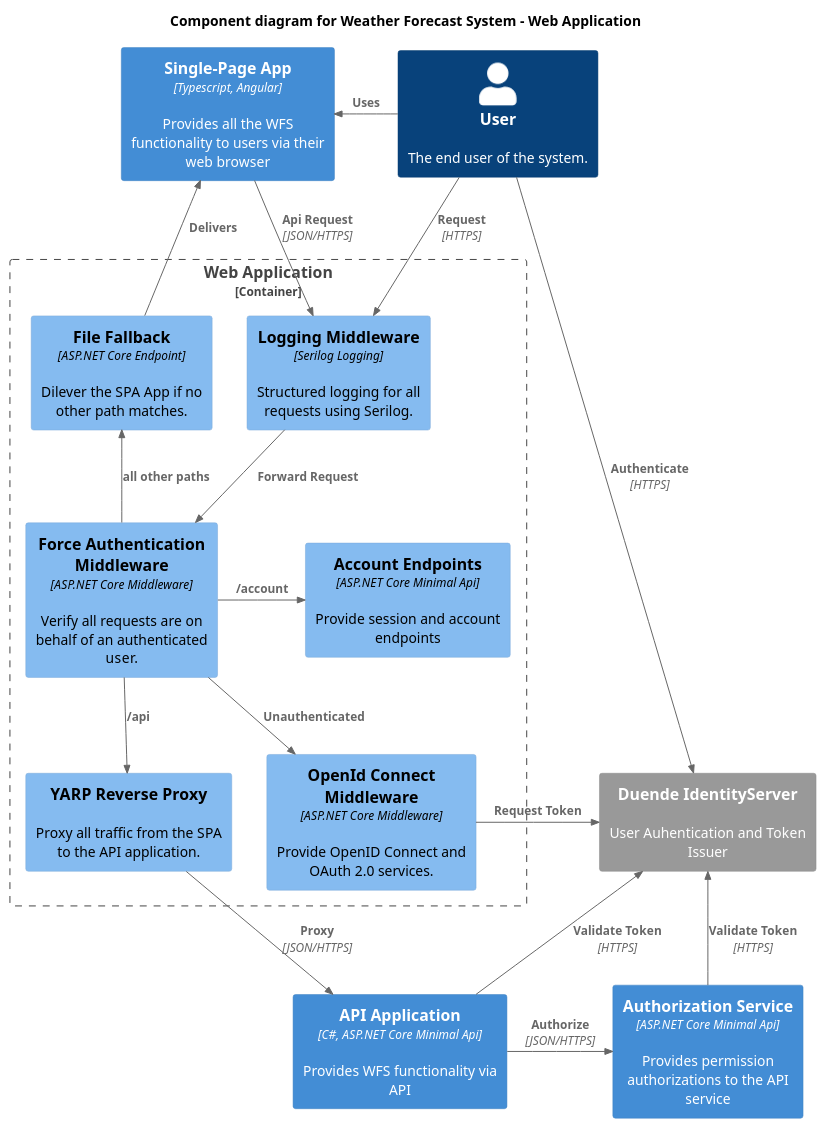
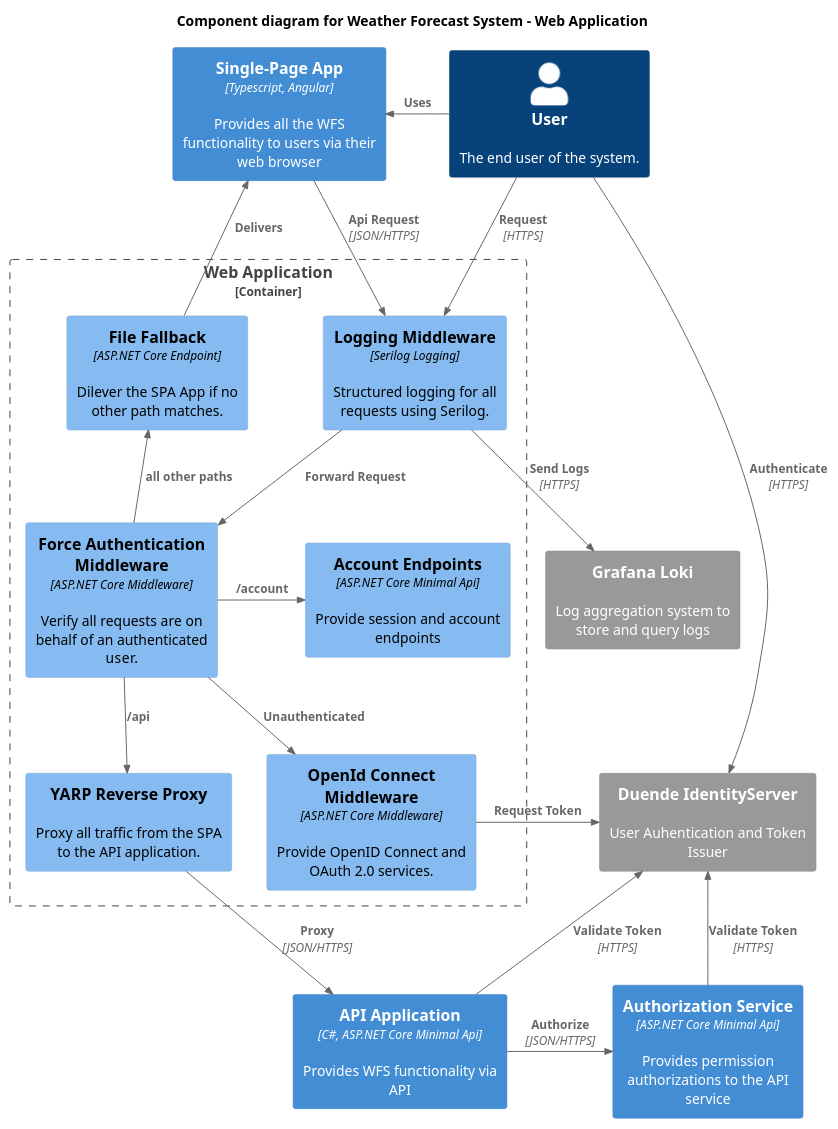
Before and after one commit to salmarsumi/CleanArchitecture: the diagram in architecture/component_web_app.puml, drawn with PlantUML. The commit also changed 2 other files, not shown here.

Commit message:
component view loki updated diagrams.

```diff
--- a/architecture/component_web_app.puml
+++ b/architecture/component_web_app.puml
@@ -1,45 +1,48 @@
 @startuml
 
 !include https://raw.githubusercontent.com/plantuml-stdlib/C4-PlantUML/master/C4_Component.puml
 
 HIDE_STEREOTYPE()
 
 title Component diagram for Weather Forecast System - Web Application
 
 Person(user, "User", "The end user of the system.")
 
 Container(spa, "Single-Page App", "Typescript, Angular", "Provides all the WFS functionality to users via their web browser")
 Container(api, "API Application", "C#, ASP.NET Core Minimal Api", "Provides WFS functionality via API")
 Container(authz, "Authorization Service", "ASP.NET Core Minimal Api", "Provides permission authorizations to the API service")
 
 System_Ext(identity, "Duende IdentityServer", "User Auhentication and Token Issuer")
+System_Ext(loki, "Grafana Loki", "Log aggregation system to store and query logs")
 
 Container_Boundary(web_app, "Web Application") {
     Component(log, "Logging Middleware", "Serilog Logging", "Structured logging for all requests using Serilog.")
     Component(auth_mid, "Force Authentication Middleware", "ASP.NET Core Middleware", "Verify all requests are on behalf of an authenticated user.")
     Component(file, "File Fallback", "ASP.NET Core Endpoint", "Dilever the SPA App if no other path matches.")
     Component(auth, "OpenId Connect Middleware", "ASP.NET Core Middleware", "Provide OpenID Connect and OAuth 2.0 services.")
     Component(yarp, "YARP Reverse Proxy", "", "Proxy all traffic from the SPA to the API application.")
     Component(account_ep, "Account Endpoints", "ASP.NET Core Minimal Api", "Provide session and account endpoints")
 }
 
 Rel_Neighbor(user, log, "Request", "HTTPS")
 Rel_L(user, spa, "Uses")
 Rel(user, identity, "Authenticate", "HTTPS")
 Rel_Neighbor(auth, identity, "Request Token")
 Rel_U(file, spa, "Delivers")
 Rel(spa, log, "Api Request", "JSON/HTTPS")
 Rel(auth_mid, yarp, "/api")
 Rel_U(auth_mid, file, "all other paths")
 Rel_Neighbor(auth_mid, account_ep, "/account")
 Rel(auth_mid, auth, "Unauthenticated")
 Rel(yarp, api, "Proxy", "JSON/HTTPS")
 Rel_R(api, authz, "Authorize", "JSON/HTTPS")
 Rel_U(api, identity, "Validate Token", "HTTPS")
 Rel_U(authz, identity, "Validate Token", "HTTPS")
 Rel(log, auth_mid, "Forward Request")
 
+Rel(log, loki, "Send Logs", "HTTPS")
+
 Lay_R(auth, yarp)
 Lay_L(user, spa)
 
 @enduml
```
